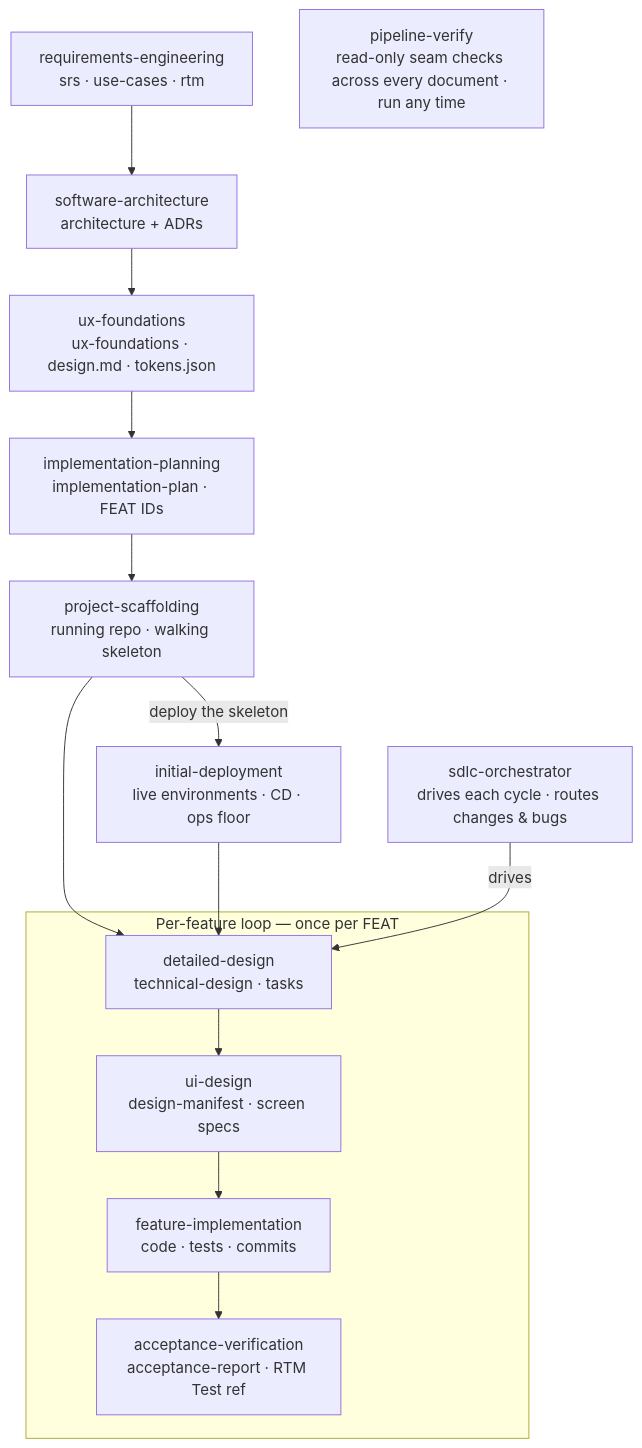
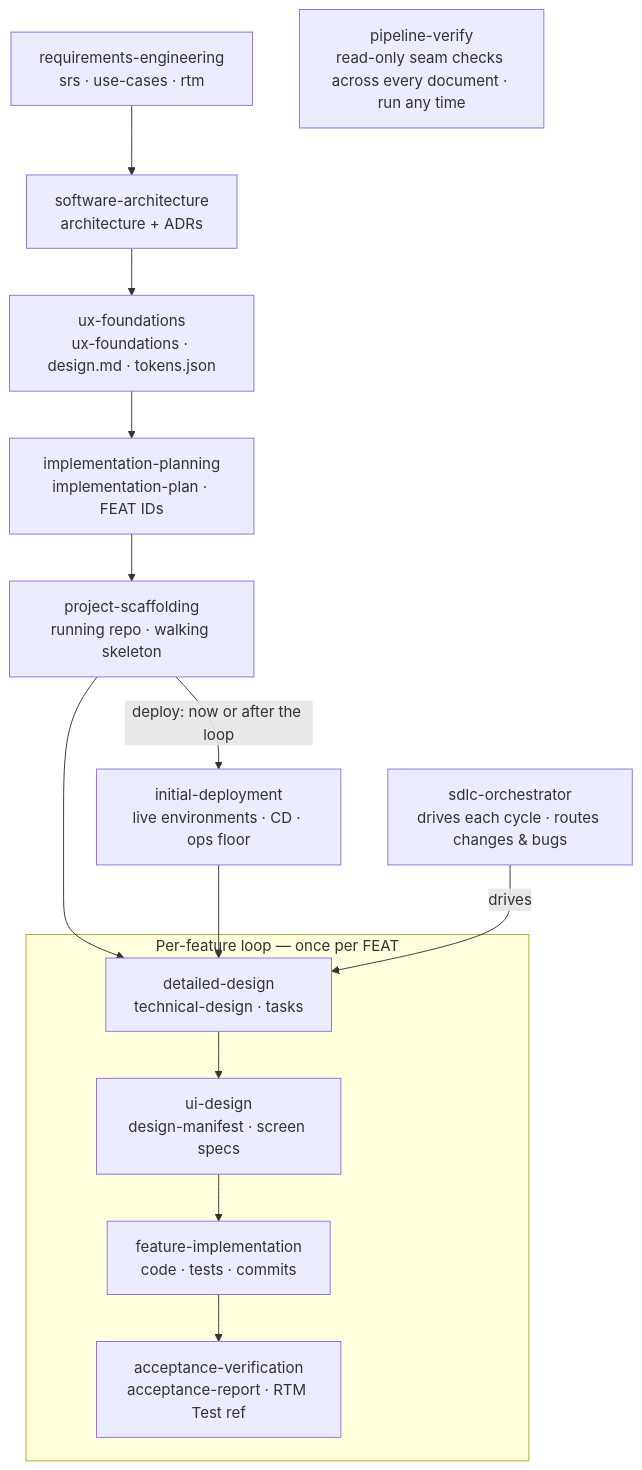
One commit to zeeshanhanif/agent-skills changed the diagram in README.md. Above: the diagram before and after it, drawn with Mermaid. The commit also changed other lines of this file and 1 other file, not shown here.

First line of the commit message:
Clarify that initial-deployment's timing is a choice, not a gate

````diff
--- a/README.md
+++ b/README.md
@@ -79,19 +79,19 @@
 ```mermaid
 flowchart TD
     subgraph LOOP[Per-feature loop — once per FEAT]
         DD[detailed-design<br/>technical-design · tasks] --> UD[ui-design<br/>design-manifest · screen specs]
         UD --> FI[feature-implementation<br/>code · tests · commits]
         FI --> AV[acceptance-verification<br/>acceptance-report · RTM Test ref]
     end
 
     RE[requirements-engineering<br/>srs · use-cases · rtm] --> SA[software-architecture<br/>architecture + ADRs]
     SA --> UX[ux-foundations<br/>ux-foundations · design.md · tokens.json]
     UX --> IP[implementation-planning<br/>implementation-plan · FEAT IDs]
     IP --> PS[project-scaffolding<br/>running repo · walking skeleton]
-    PS -- deploy the skeleton --> DEP[initial-deployment<br/>live environments · CD · ops floor]
+    PS -- deploy: now or after the loop --> DEP[initial-deployment<br/>live environments · CD · ops floor]
     PS --> DD
     DEP --> DD
 
     ORCH[sdlc-orchestrator<br/>drives each cycle · routes changes & bugs] -- drives --> DD
     PV[pipeline-verify<br/>read-only seam checks across every document · run any time]
 ```
````
